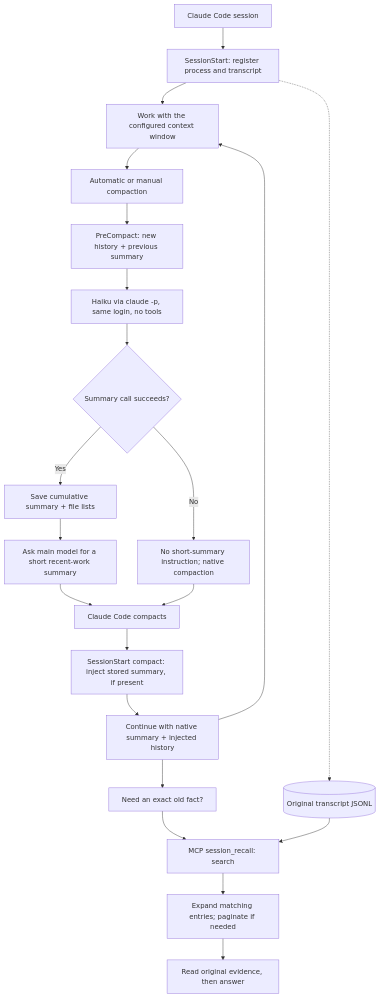
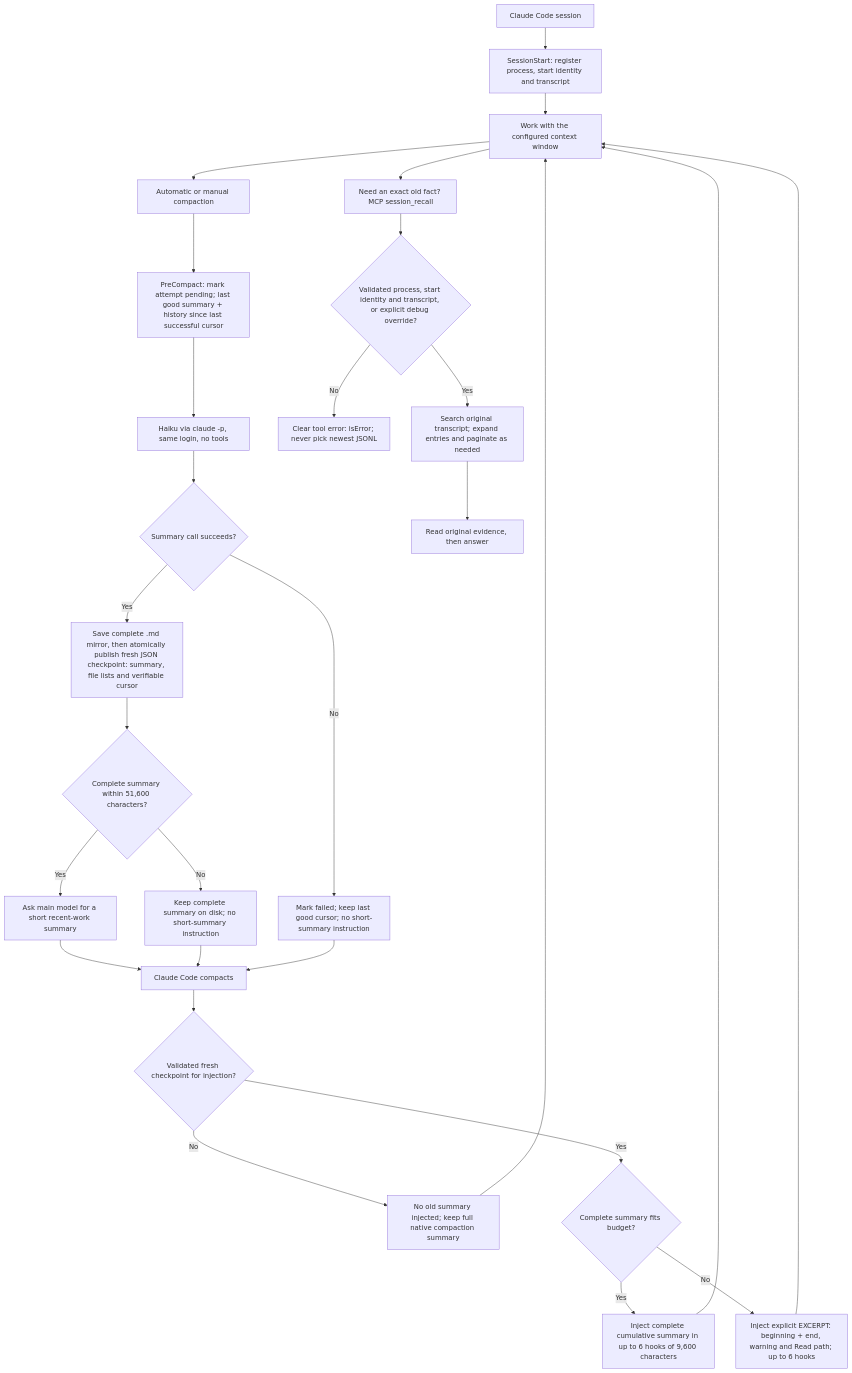
One commit to joaovitor2763/claude-contextmanagement changed the diagram in README.md. Above: the diagram before and after it, drawn with Mermaid. The commit also changed other lines of this file and 14 other files, not shown here.

First line of the commit message:
fix: preserve context checkpoints and isolate session recall

````diff
--- a/README.md
+++ b/README.md
@@ -21,23 +21,30 @@
 ```mermaid
 flowchart TD
-    A["Claude Code session"] --> B["SessionStart: register process and transcript"]
+    A["Claude Code session"] --> B["SessionStart: register process, start identity and transcript"]
     B --> C["Work with the configured context window"]
     C --> D["Automatic or manual compaction"]
-    D --> E["PreCompact: new history + previous summary"]
+    D --> E["PreCompact: mark attempt pending; last good summary + history since last successful cursor"]
     E --> F["Haiku via claude -p, same login, no tools"]
     F --> G{"Summary call succeeds?"}
-    G -->|Yes| H["Save cumulative summary + file lists"]
-    H --> I["Ask main model for a short recent-work summary"]
-    G -->|No| J["No short-summary instruction; native compaction"]
-    I --> K["Claude Code compacts"]
-    J --> K
-    K --> L["SessionStart compact: inject stored summary, if present"]
-    L --> M["Continue with native summary + injected history"]
-    M --> C
-    M --> N["Need an exact old fact?"]
-    N --> O["MCP session_recall: search"]
-    P[("Original transcript JSONL")] --> O
-    O --> Q["Expand matching entries; paginate if needed"]
-    Q --> R["Read original evidence, then answer"]
-    B -.-> P
+    G -->|Yes| H["Save complete .md mirror, then atomically publish fresh JSON checkpoint: summary, file lists and verifiable cursor"]
+    G -->|No| J["Mark failed; keep last good cursor; no short-summary instruction"]
+    H --> I{"Complete summary within 51,600 characters?"}
+    I -->|Yes| K["Ask main model for a short recent-work summary"]
+    I -->|No| L["Keep complete summary on disk; no short-summary instruction"]
+    K --> M["Claude Code compacts"]
+    L --> M
+    J --> M
+    M --> N{"Validated fresh checkpoint for injection?"}
+    N -->|No| O["No old summary injected; keep full native compaction summary"]
+    N -->|Yes| P{"Complete summary fits budget?"}
+    P -->|Yes| Q["Inject complete cumulative summary in up to 6 hooks of 9,600 characters"]
+    P -->|No| R["Inject explicit EXCERPT: beginning + end, warning and Read path; up to 6 hooks"]
+    O --> C
+    Q --> C
+    R --> C
+    C --> S["Need an exact old fact? MCP session_recall"]
+    S --> T{"Validated process, start identity and transcript, or explicit debug override?"}
+    T -->|No| U["Clear tool error: isError; never pick newest JSONL"]
+    T -->|Yes| V["Search original transcript; expand entries and paginate as needed"]
+    V --> W["Read original evidence, then answer"]
 ```
````
